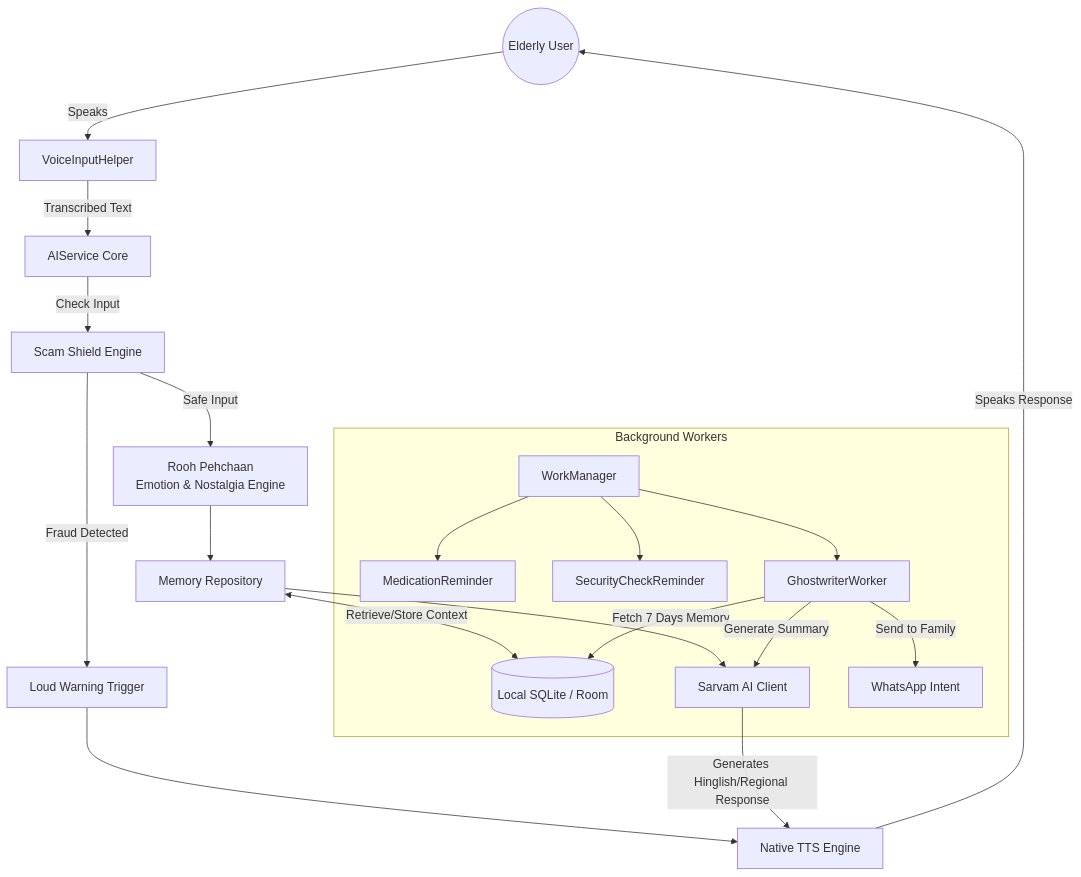
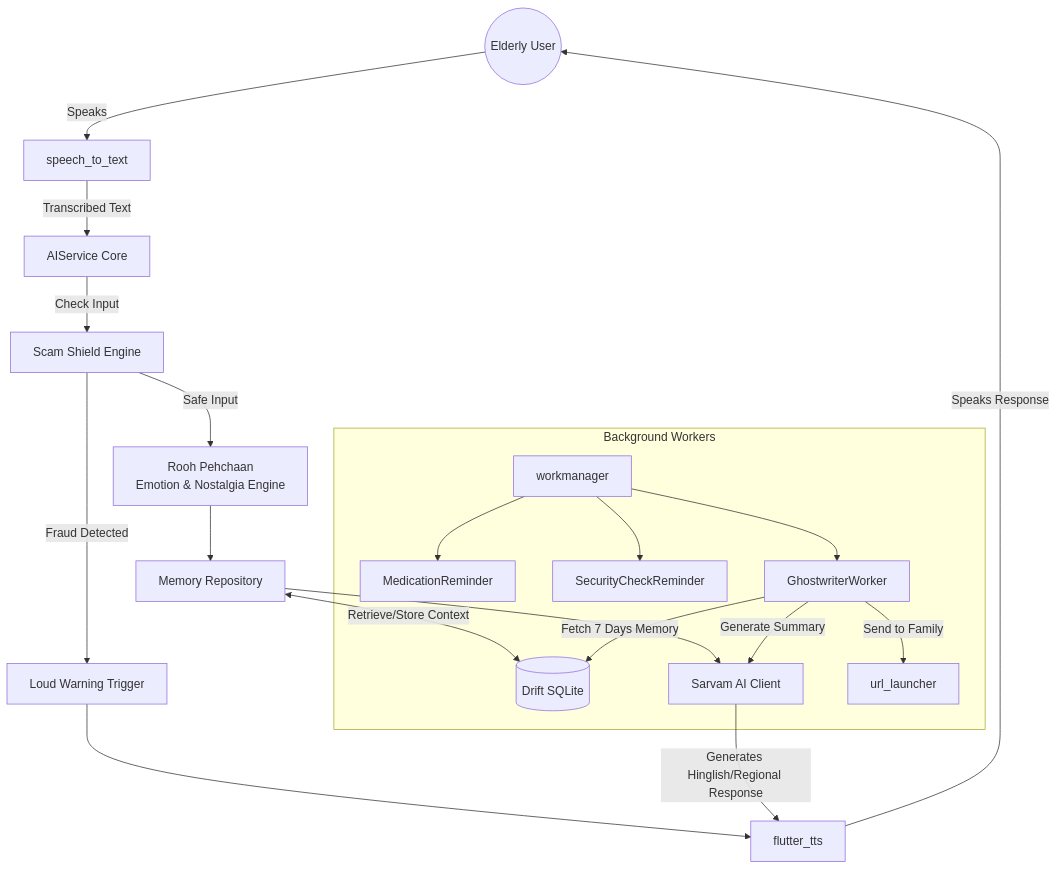
Before and after one commit to Purjeet979/SnehaSathi: the diagram in README.md, drawn with Mermaid. The commit also changed other lines of this file, not shown here.

Commit message:
docs: update README for Flutter migration and Saavdhan feature

````diff
--- a/README.md
+++ b/README.md
@@ -62,28 +62,28 @@
 ```mermaid
 graph TD
-    User((Elderly User)) -->|Speaks| STT[VoiceInputHelper]
+    User((Elderly User)) -->|Speaks| STT[speech_to_text]
     STT -->|Transcribed Text| AI[AIService Core]
 
     AI -->|Check Input| Scam[Scam Shield Engine]
     Scam -- Fraud Detected --> Warning[Loud Warning Trigger]
-    Warning --> TTS[Native TTS Engine]
+    Warning --> TTS[flutter_tts]
 
     Scam -- Safe Input --> Emotion[Rooh Pehchaan\nEmotion & Nostalgia Engine]
     Emotion --> Memory[Memory Repository]
 
-    Memory <-->|Retrieve/Store Context| RoomDB[(Local SQLite / Room)]
+    Memory <-->|Retrieve/Store Context| DriftDB[(Drift SQLite)]
     Memory --> LLM[Sarvam AI Client]
 
     LLM -->|Generates Hinglish/Regional Response| TTS
     TTS -->|Speaks Response| User
 
     subgraph Background Workers
-        WorkMgr[WorkManager] --> MedsWorker[MedicationReminder]
+        WorkMgr[workmanager] --> MedsWorker[MedicationReminder]
         WorkMgr --> SecWorker[SecurityCheckReminder]
         WorkMgr --> GhostWorker[GhostwriterWorker]
 
-        GhostWorker -->|Fetch 7 Days Memory| RoomDB
+        GhostWorker -->|Fetch 7 Days Memory| DriftDB
         GhostWorker -->|Generate Summary| LLM
-        GhostWorker -->|Send to Family| WhatsApp[WhatsApp Intent]
+        GhostWorker -->|Send to Family| WhatsApp[url_launcher]
     end
 ```
````
